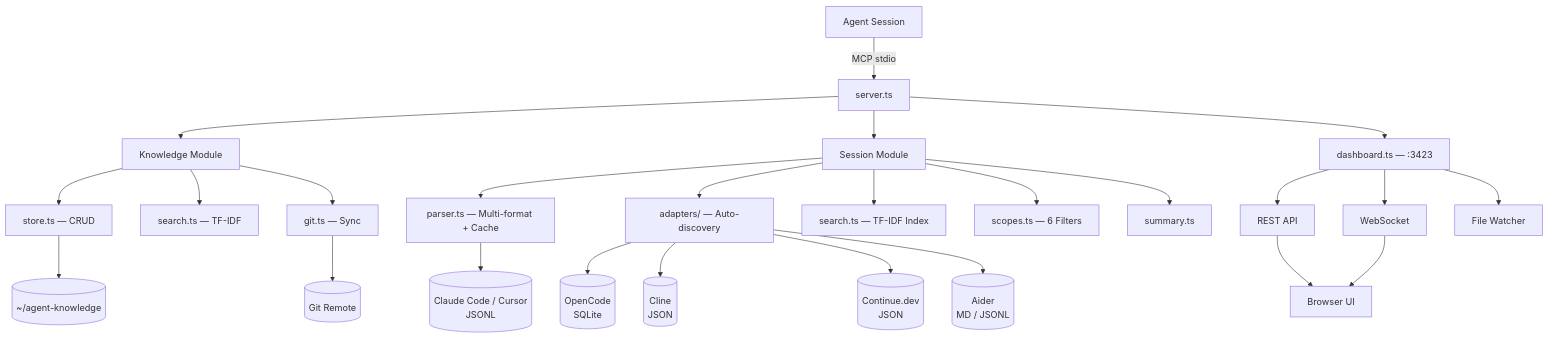
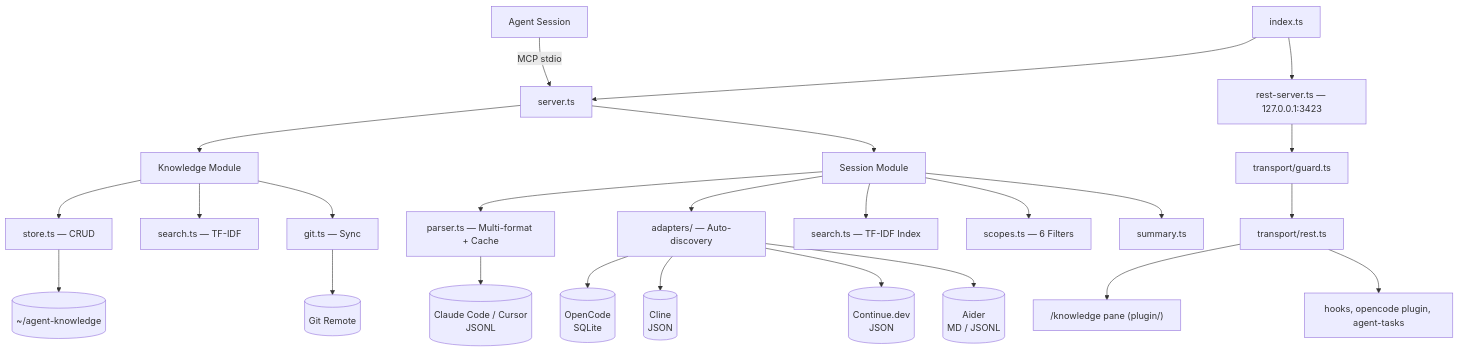
The first of 3 diagrams in docs/ARCHITECTURE.md (keshrath/agent-knowledge), drawn with Mermaid before and after one commit. The commit also changed other lines of this file and 115 other files, not shown here.

Commit message:
v2.0.0: /knowledge Claude Code pane replaces the web dashboard; REST takeover; no agent-common; search excerpts, tool-call parsing and session end times fixed; real-CLI e2e for pane and every MCP tool; user manual with screenshots and GIFs

````diff
--- a/docs/ARCHITECTURE.md
+++ b/docs/ARCHITECTURE.md
@@ -5,32 +5,32 @@
 ```mermaid
 graph TB
     Agent[Agent Session] -->|MCP stdio| Server[server.ts]
     Server --> Knowledge[Knowledge Module]
     Server --> Session[Session Module]
 
     Knowledge --> Store[store.ts — CRUD]
     Knowledge --> KSearch[search.ts — TF-IDF]
     Knowledge --> Git[git.ts — Sync]
 
     Store --> Vault[(~/agent-knowledge)]
     Git --> Remote[(Git Remote)]
 
     Session --> Parser[parser.ts — Multi-format + Cache]
     Session --> Adapters[adapters/ — Auto-discovery]
     Session --> SSearch[search.ts — TF-IDF Index]
     Session --> Scopes[scopes.ts — 6 Filters]
     Session --> Summary[summary.ts]
 
     Parser --> Transcripts[(Claude Code / Cursor<br/>JSONL)]
     Adapters --> OpenCode[(OpenCode<br/>SQLite)]
     Adapters --> Cline[(Cline<br/>JSON)]
     Adapters --> ContinueDev[(Continue.dev<br/>JSON)]
     Adapters --> Aider[(Aider<br/>MD / JSONL)]
 
-    Server --> Dashboard[dashboard.ts — :3423]
-    Dashboard --> HTTP[REST API]
-    Dashboard --> WS[WebSocket]
-    Dashboard --> Watcher[File Watcher]
-    HTTP --> Browser[Browser UI]
-    WS --> Browser
+    Index[index.ts] --> Server
+    Index --> Rest[rest-server.ts — 127.0.0.1:3423]
+    Rest --> Guard[transport/guard.ts]
+    Guard --> Routes[transport/rest.ts]
+    Routes --> Pane["/knowledge pane (plugin/)"]
+    Routes --> Hooks[hooks, opencode plugin, agent-tasks]
 ```
````
